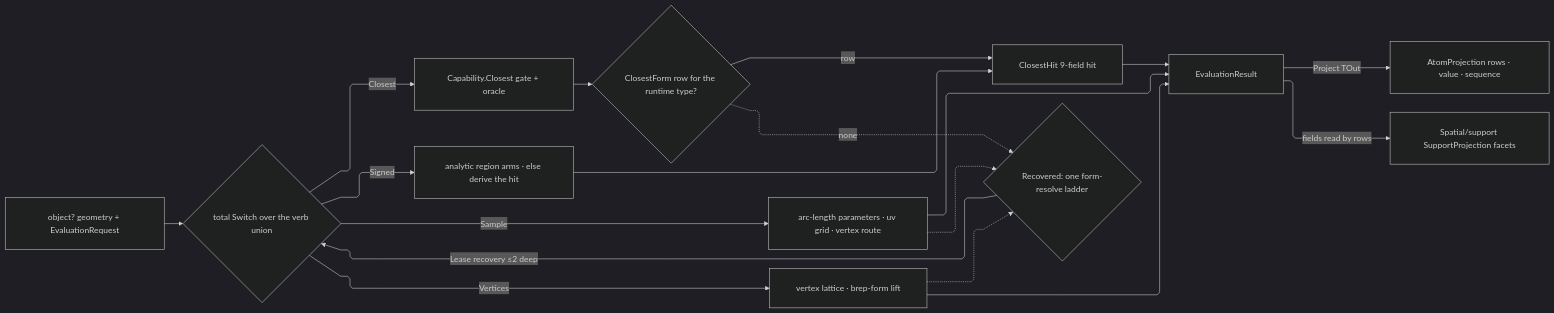
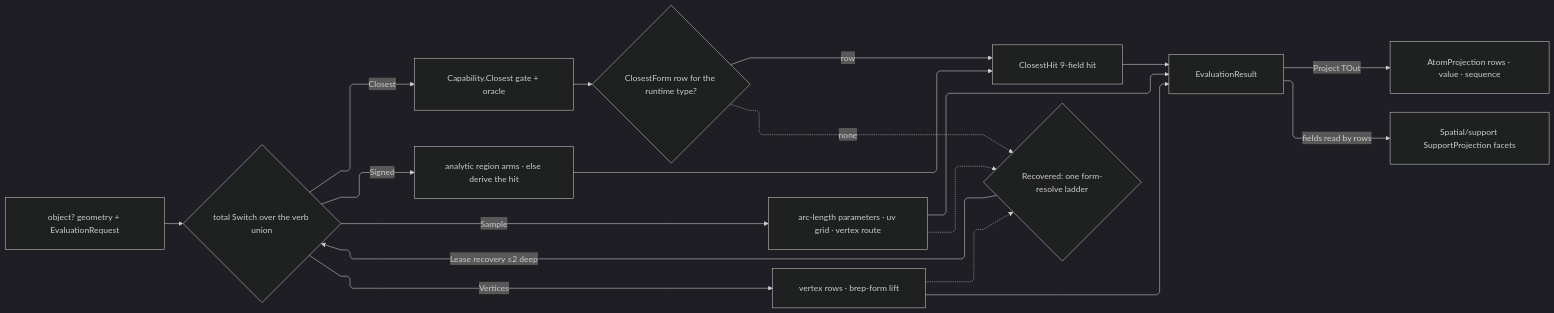
One commit to bsamiee/Rasm changed the diagram in libs/dotnet/Rasm/.planning/Domain/evaluation.md. Above: the diagram before and after it, drawn with Mermaid (dark theme). The commit also changed other lines of this file and 1997 other files, not shown here.

First line of the commit message:
docs: rename rail to result and seam to boundary across the corpus

````diff
--- a/libs/dotnet/Rasm/.planning/Domain/evaluation.md
+++ b/libs/dotnet/Rasm/.planning/Domain/evaluation.md
@@ -471,29 +470,29 @@
 ```mermaid
 ---
 config:
   layout: elk
   flowchart:
     curve: linear
     padding: 25
 ---
 flowchart LR
     accTitle: Evaluation request dispatch and recovery spine
-    accDescr: One request union dispatching four verbs over admitted geometry, the closest verb reading the ordered recovery roster into a nine-field hit, every verb sharing one form-resolve ladder for value shapes, and one result union fanning into the typed projection rail.
+    accDescr: One request union dispatching four verbs over admitted geometry, the closest verb reading the ordered recovery roster into a nine-field hit, every verb sharing one form-resolve ladder for value shapes, and one result union fanning into the typed projection rows.
     Raw["object? geometry + EvaluationRequest"] --> Dispatch{"total Switch over the verb union"}
     Dispatch -->|Closest| Gate["Capability.Closest gate + oracle"]
     Gate --> Roster{"ClosestForm row for the runtime type?"}
     Roster -->|row| Hit["ClosestHit 9-field hit"]
     Roster -.->|none| Ladder
     Dispatch -->|Signed| Signed["analytic region arms · else derive the hit"]
     Dispatch -->|Sample| Sampling["arc-length parameters · uv grid · vertex route"]
-    Dispatch -->|Vertices| VertexLattice["vertex lattice · brep-form lift"]
+    Dispatch -->|Vertices| VertexRows["vertex rows · brep-form lift"]
     Sampling -.-> Ladder{"Recovered: one form-resolve ladder"}
-    VertexLattice -.-> Ladder
+    VertexRows -.-> Ladder
     Signed --> Hit
     Ladder -->|"Lease recovery ≤2 deep"| Dispatch
     Hit --> Result["EvaluationResult"]
     Sampling --> Result
-    VertexLattice --> Result
+    VertexRows --> Result
     Result -->|Project TOut| Typed["AtomProjection rows · value · sequence"]
     Result -->|fields read by rows| Support["Spatial/support SupportProjection facets"]
 ```
````
